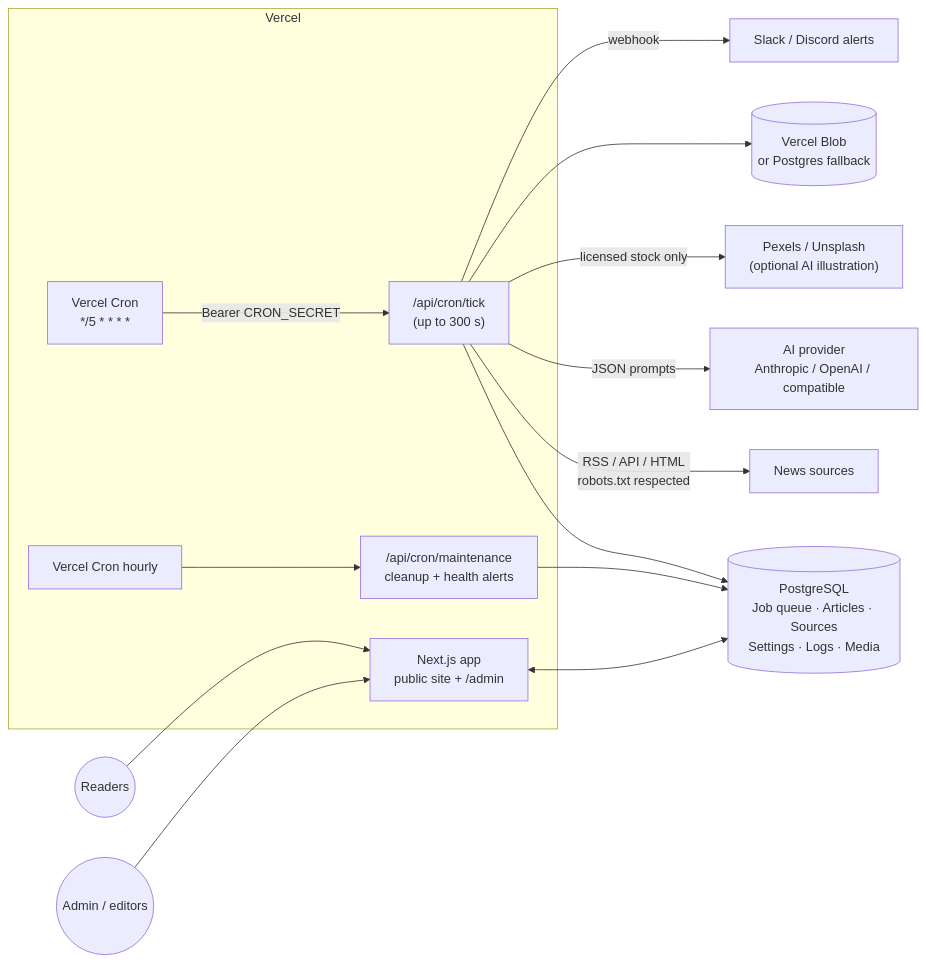
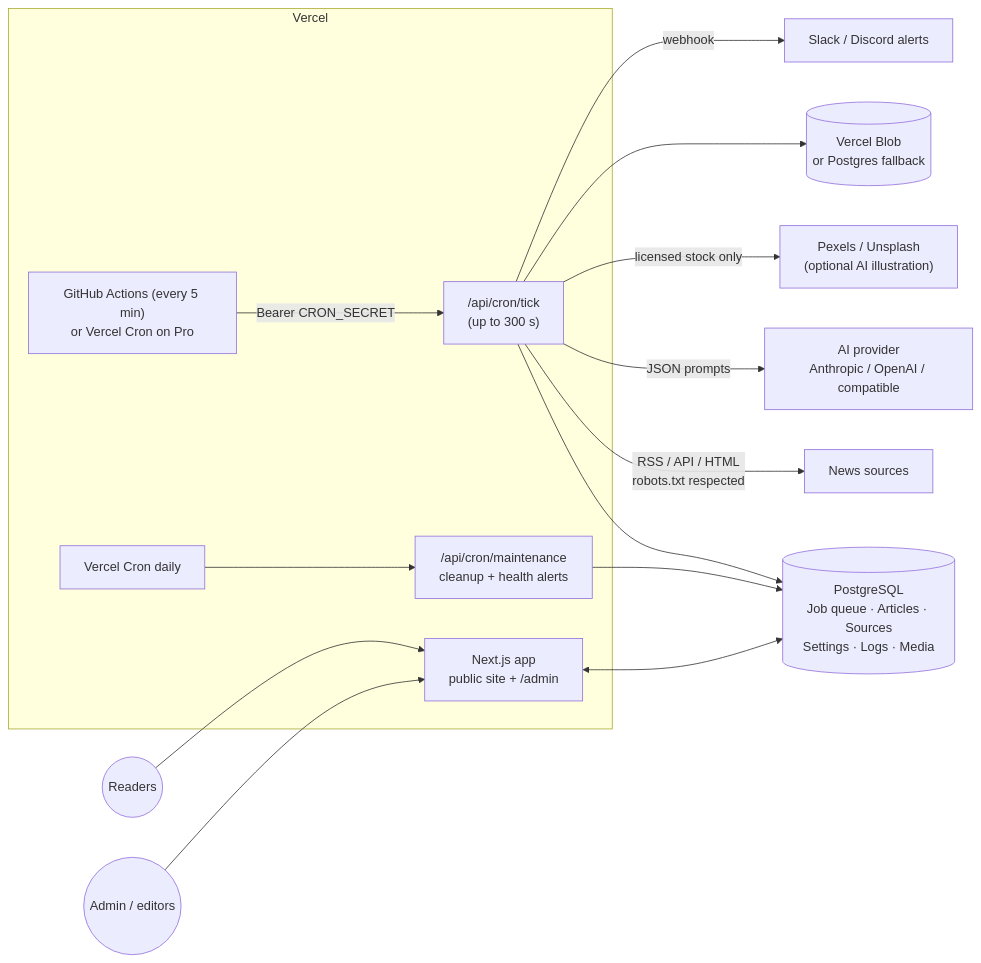
Before and after one commit to davide963-ux/news-blog: the first of 4 diagrams in README.md, drawn with Mermaid. The commit also changed other lines of this file and 1 other file, not shown here.

First line of the commit message:
Use daily crons in vercel.json for Hobby plan; GitHub Actions provides the 5-minute tick

````diff
--- a/README.md
+++ b/README.md
@@ -13,18 +13,18 @@
 ```mermaid
 flowchart LR
   subgraph Vercel
-    CRON["Vercel Cron<br/>*/5 * * * *"] -->|"Bearer CRON_SECRET"| TICK["/api/cron/tick<br/>(up to 300 s)"]
-    CRON2["Vercel Cron hourly"] --> MAINT["/api/cron/maintenance<br/>cleanup + health alerts"]
+    CRON["GitHub Actions (every 5 min)<br/>or Vercel Cron on Pro"] -->|"Bearer CRON_SECRET"| TICK["/api/cron/tick<br/>(up to 300 s)"]
+    CRON2["Vercel Cron daily"] --> MAINT["/api/cron/maintenance<br/>cleanup + health alerts"]
     WEB["Next.js app<br/>public site + /admin"]
   end
   TICK --> Q[("PostgreSQL<br/>Job queue · Articles · Sources<br/>Settings · Logs · Media")]
   MAINT --> Q
   WEB <--> Q
   TICK -->|"RSS / API / HTML<br/>robots.txt respected"| SRC["News sources"]
   TICK -->|"JSON prompts"| AI["AI provider<br/>Anthropic / OpenAI / compatible"]
   TICK -->|"licensed stock only"| IMG["Pexels / Unsplash<br/>(optional AI illustration)"]
   TICK --> BLOB[("Vercel Blob<br/>or Postgres fallback")]
   TICK -->|"webhook"| ALERT["Slack / Discord alerts"]
   READER(("Readers")) --> WEB
   ADMIN(("Admin / editors")) --> WEB
 ```
````
